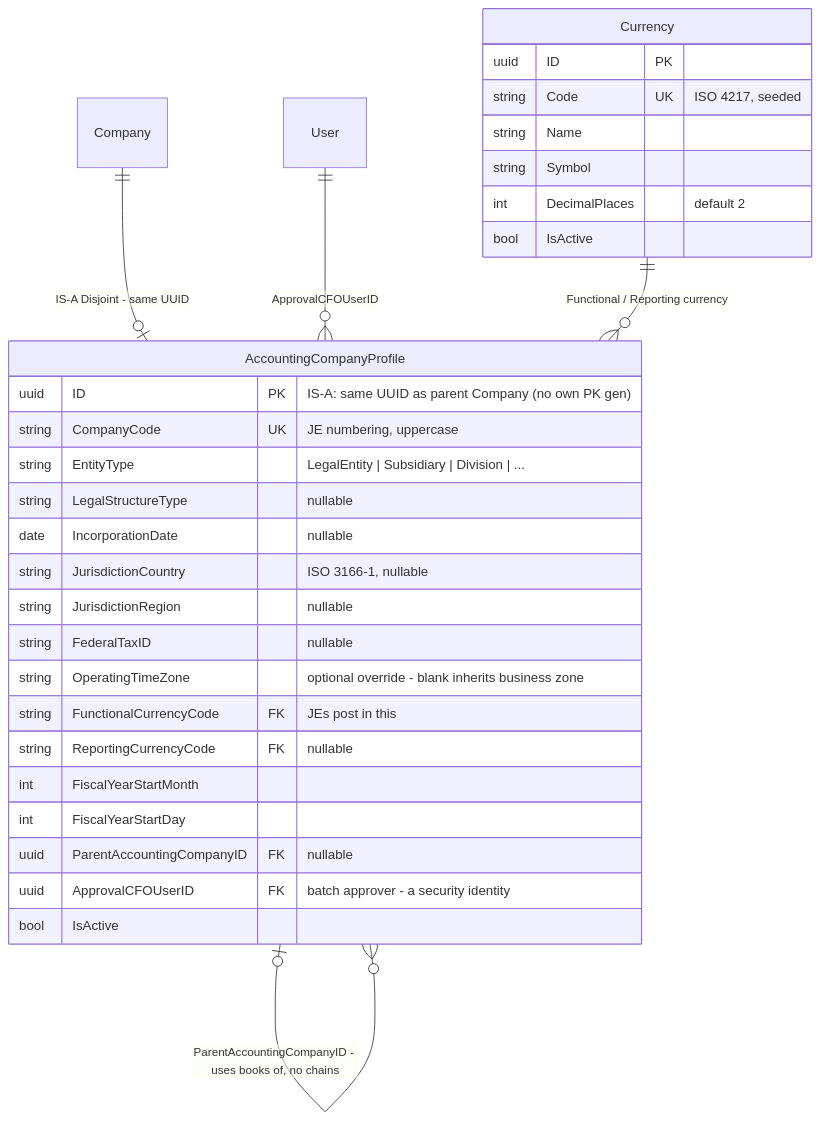
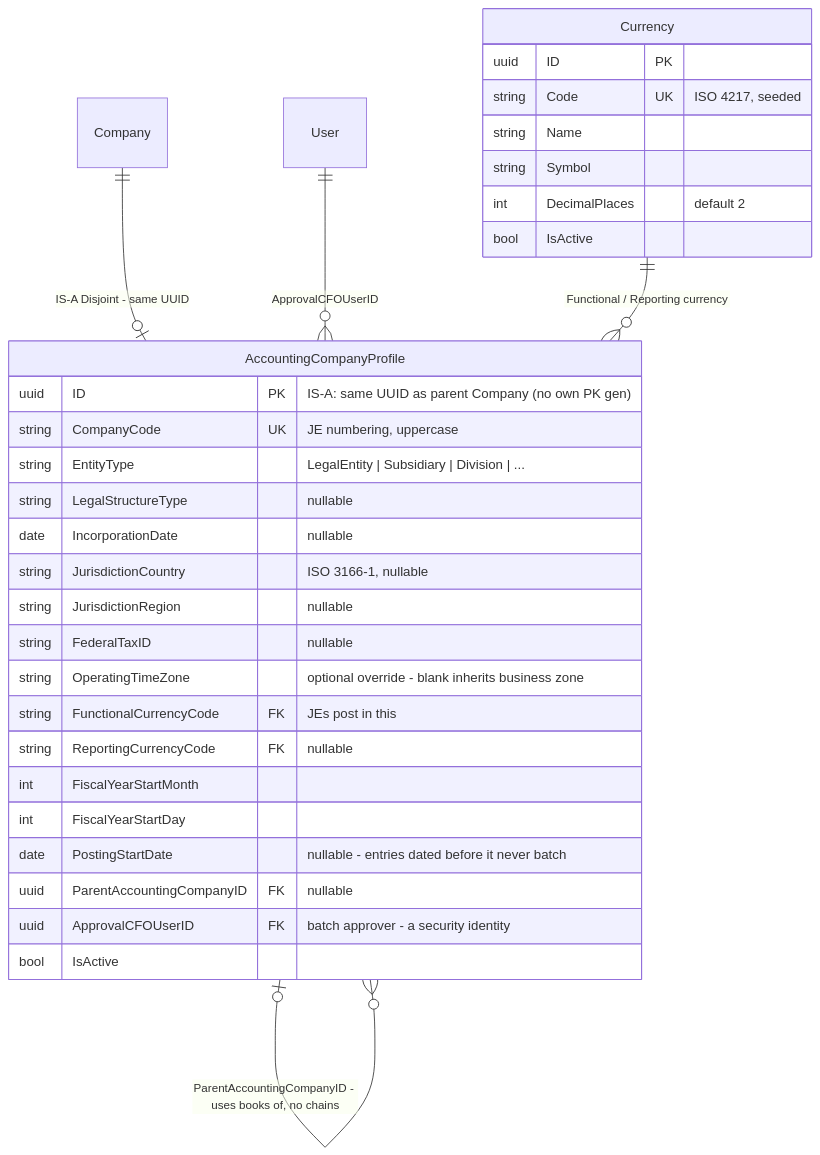
The third of 14 diagrams in docs/bizapps-accounting-erd.md (MemberJunction/bizapps-accounting), drawn with Mermaid before and after one commit. The commit also changed other lines of this file and 7 other files, not shown here.

First line of the commit message:
feat(batch): keep entries dated before a company's PostingStartDate out of every batch

````diff
--- a/docs/bizapps-accounting-erd.md
+++ b/docs/bizapps-accounting-erd.md
@@ -492,34 +493,35 @@
 ```mermaid
 erDiagram
     Company ||--o| AccountingCompanyProfile : "IS-A Disjoint - same UUID"
     User ||--o{ AccountingCompanyProfile : "ApprovalCFOUserID"
     Currency ||--o{ AccountingCompanyProfile : "Functional / Reporting currency"
     AccountingCompanyProfile |o--o{ AccountingCompanyProfile : "ParentAccountingCompanyID - uses books of, no chains"
 
     AccountingCompanyProfile {
         uuid ID PK "IS-A: same UUID as parent Company (no own PK gen)"
         string CompanyCode UK "JE numbering, uppercase"
         string EntityType "LegalEntity | Subsidiary | Division | ..."
         string LegalStructureType "nullable"
         date IncorporationDate "nullable"
         string JurisdictionCountry "ISO 3166-1, nullable"
         string JurisdictionRegion "nullable"
         string FederalTaxID "nullable"
         string OperatingTimeZone "optional override - blank inherits business zone"
         string FunctionalCurrencyCode FK "JEs post in this"
         string ReportingCurrencyCode FK "nullable"
         int FiscalYearStartMonth
         int FiscalYearStartDay
+        date PostingStartDate "nullable - entries dated before it never batch"
         uuid ParentAccountingCompanyID FK "nullable"
         uuid ApprovalCFOUserID FK "batch approver - a security identity"
         bool IsActive
     }
     Currency {
         uuid ID PK
         string Code UK "ISO 4217, seeded"
         string Name
         string Symbol
         int DecimalPlaces "default 2"
         bool IsActive
     }
 ```
````
